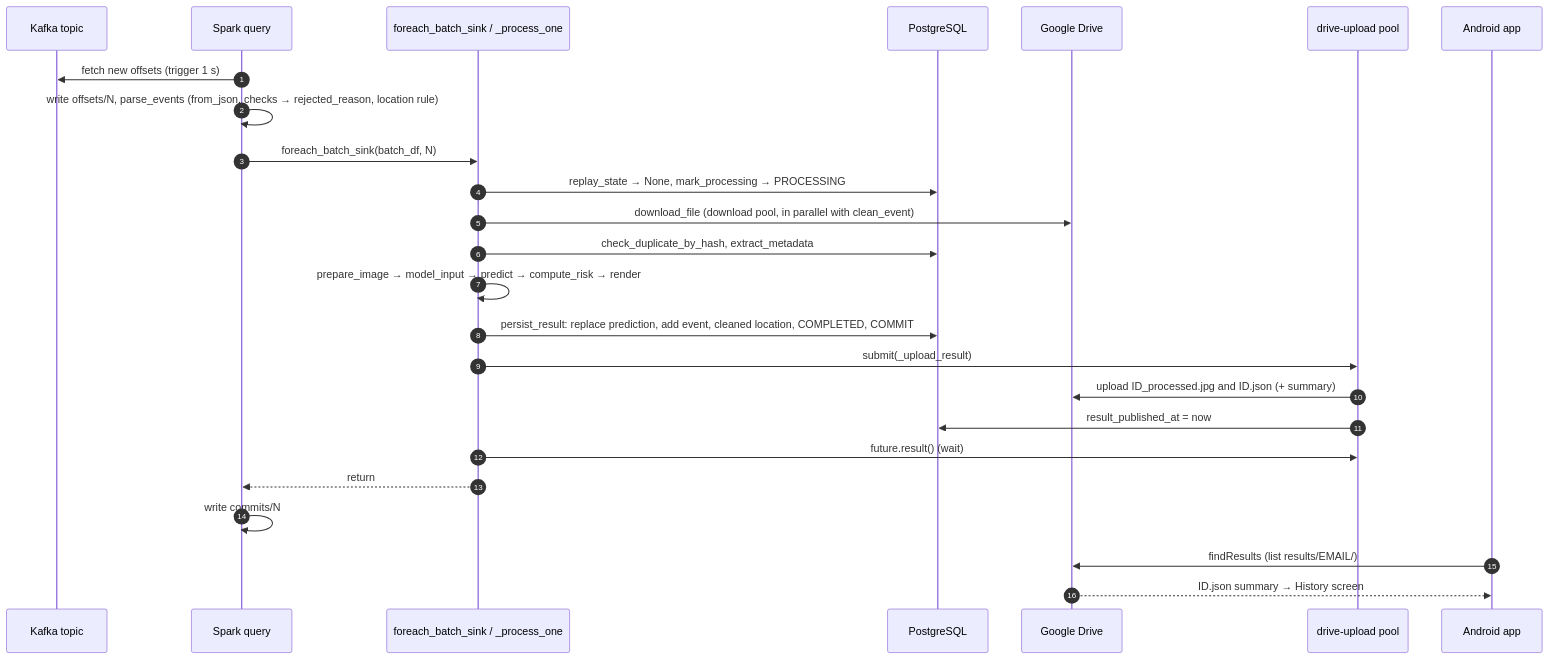
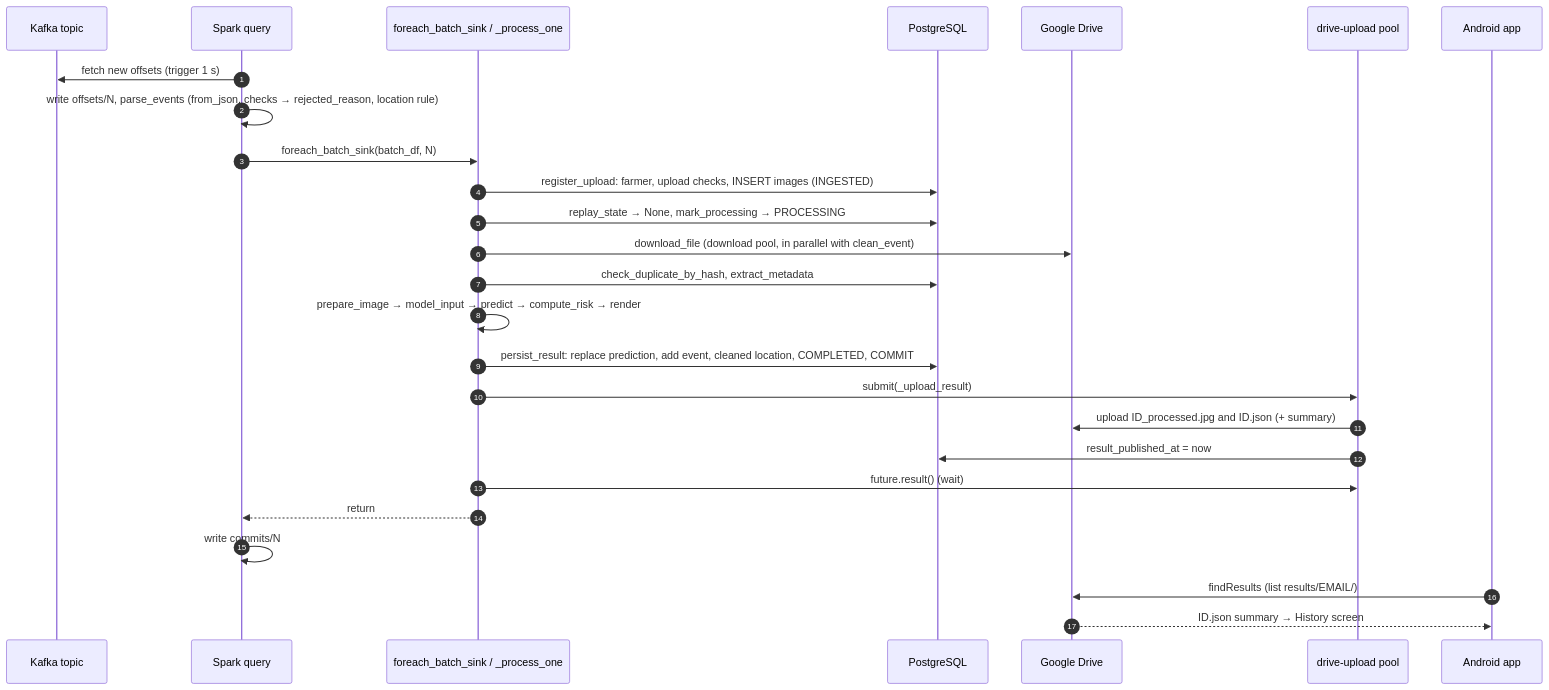
Before and after one commit to AOD-collab/-crop-disease-ews: the fifth of 5 diagrams in Kafka_Spark_Drive_Code_Explanation.md, drawn with Mermaid. The commit also changed other lines of this file and 9 other files, not shown here.

````diff
--- a/Kafka_Spark_Drive_Code_Explanation.md
+++ b/Kafka_Spark_Drive_Code_Explanation.md
@@ -3840,28 +4369,29 @@
 ```mermaid
 sequenceDiagram
     autonumber
     participant K as Kafka topic
     participant S as Spark query
     participant FB as foreach_batch_sink / _process_one
     participant DB as PostgreSQL
     participant GD as Google Drive
     participant UP as drive-upload pool
     participant APP as Android app
 
     S->>K: fetch new offsets (trigger 1 s)
     S->>S: write offsets/N, parse_events (from_json, checks → rejected_reason, location rule)
     S->>FB: foreach_batch_sink(batch_df, N)
+    FB->>DB: register_upload: farmer, upload checks, INSERT images (INGESTED)
     FB->>DB: replay_state → None, mark_processing → PROCESSING
     FB->>GD: download_file (download pool, in parallel with clean_event)
     FB->>DB: check_duplicate_by_hash, extract_metadata
     FB->>FB: prepare_image → model_input → predict → compute_risk → render
     FB->>DB: persist_result: replace prediction, add event, cleaned location, COMPLETED, COMMIT
     FB->>UP: submit(_upload_result)
     UP->>GD: upload ID_processed.jpg and ID.json (+ summary)
     UP->>DB: result_published_at = now
     FB->>UP: future.result() (wait)
     FB-->>S: return
     S->>S: write commits/N
     APP->>GD: findResults (list results/EMAIL/)
     GD-->>APP: ID.json summary → History screen
 ```
````
